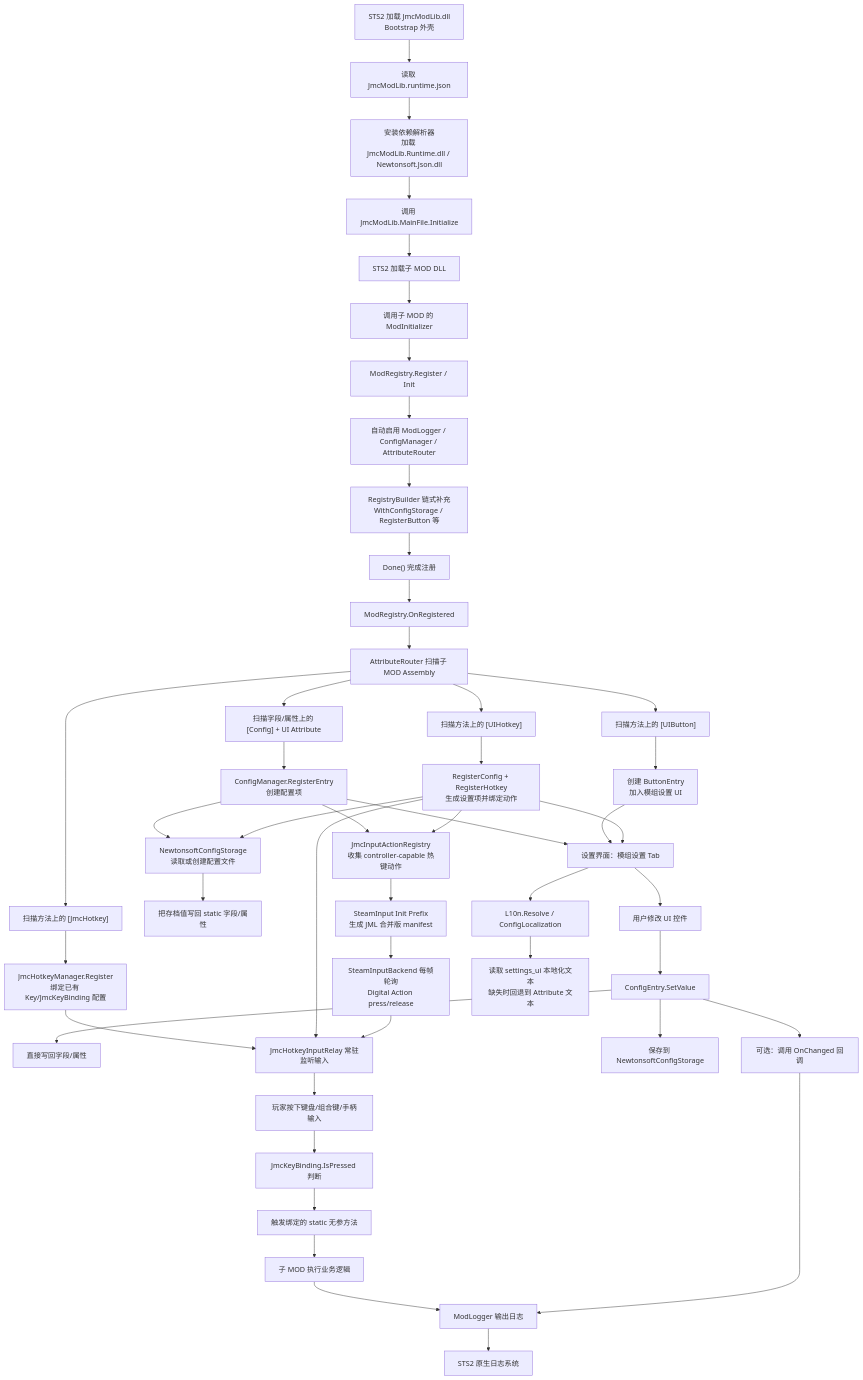
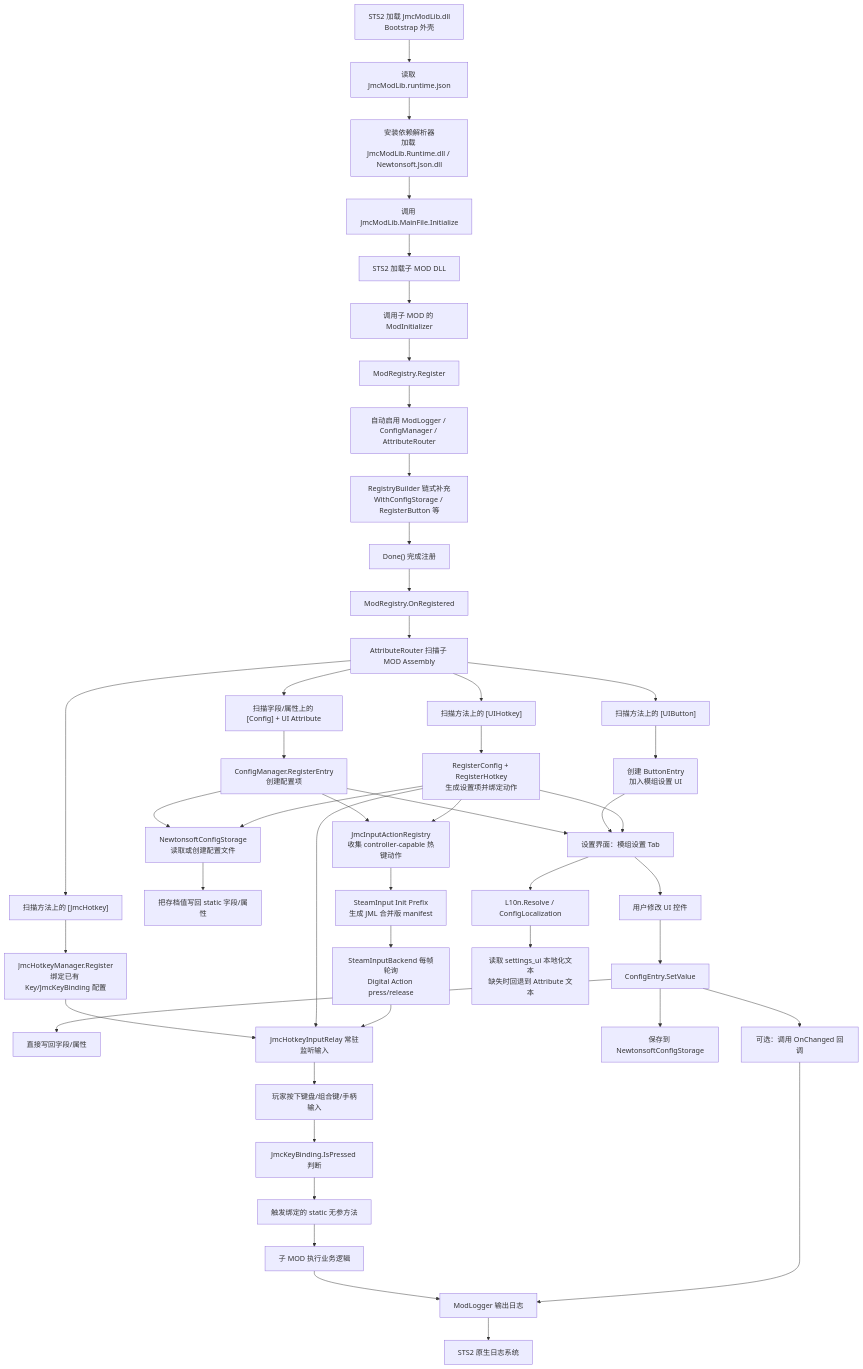
One commit to JMC2002/SlayTheSpire2_JmcModLib changed the first of 2 diagrams in docs/JmcModLib_STS2_API.md. Above: the diagram before and after it, drawn with Mermaid. The commit also changed other lines of this file and 11 other files, not shown here.

````diff
--- a/docs/JmcModLib_STS2_API.md
+++ b/docs/JmcModLib_STS2_API.md
@@ -34,59 +33,59 @@
 ```mermaid
 flowchart TD
     A0["STS2 加载 JmcModLib.dll<br/>Bootstrap 外壳"] --> A1["读取 JmcModLib.runtime.json"]
     A1 --> A2["安装依赖解析器<br/>加载 JmcModLib.Runtime.dll / Newtonsoft.Json.dll"]
     A2 --> A3["调用 JmcModLib.MainFile.Initialize"]
     A3 --> A4["STS2 加载子 MOD DLL"]
     A4 --> B["调用子 MOD 的 ModInitializer"]
-    B --> C["ModRegistry.Register / Init"]
+    B --> C["ModRegistry.Register"]
     C --> D["自动启用 ModLogger / ConfigManager / AttributeRouter"]
     D --> D1["RegistryBuilder 链式补充<br/>WithConfigStorage / RegisterButton 等"]
     D1 --> E["Done() 完成注册"]
 
     E --> F["ModRegistry.OnRegistered"]
     F --> G["AttributeRouter 扫描子 MOD Assembly"]
 
     G --> H1["扫描字段/属性上的 [Config] + UI Attribute"]
     G --> H2["扫描方法上的 [UIButton]"]
     G --> H3["扫描方法上的 [JmcHotkey]"]
     G --> H4["扫描方法上的 [UIHotkey]"]
 
     H1 --> I1["ConfigManager.RegisterEntry<br/>创建配置项"]
     H2 --> I2["创建 ButtonEntry<br/>加入模组设置 UI"]
     H3 --> I3["JmcHotkeyManager.Register<br/>绑定已有 Key/JmcKeyBinding 配置"]
     H4 --> I4["RegisterConfig + RegisterHotkey<br/>生成设置项并绑定动作"]
 
     I1 --> J["NewtonsoftConfigStorage<br/>读取或创建配置文件"]
     I4 --> J
     J --> K["把存档值写回 static 字段/属性"]
 
     I1 --> SI0["JmcInputActionRegistry<br/>收集 controller-capable 热键动作"]
     I4 --> SI0
     SI0 --> SI1["SteamInput Init Prefix<br/>生成 JML 合并版 manifest"]
     SI1 --> SI2["SteamInputBackend 每帧轮询<br/>Digital Action press/release"]
 
     I1 --> L["设置界面：模组设置 Tab"]
     I2 --> L
     I4 --> L
 
     L --> M["用户修改 UI 控件"]
     M --> N["ConfigEntry.SetValue"]
     N --> O["直接写回字段/属性"]
     N --> P["可选：调用 OnChanged 回调"]
     N --> Q["保存到 NewtonsoftConfigStorage"]
 
     I3 --> R["JmcHotkeyInputRelay 常驻监听输入"]
     I4 --> R
     SI2 --> R
     R --> S["玩家按下键盘/组合键/手柄输入"]
     S --> T["JmcKeyBinding.IsPressed 判断"]
     T --> U["触发绑定的 static 无参方法"]
     U --> V["子 MOD 执行业务逻辑"]
 
     V --> W["ModLogger 输出日志"]
     P --> W
     W --> X["STS2 原生日志系统"]
 
     L --> Y["L10n.Resolve / ConfigLocalization"]
     Y --> Z["读取 settings_ui 本地化文本<br/>缺失时回退到 Attribute 文本"]
 ```
````
